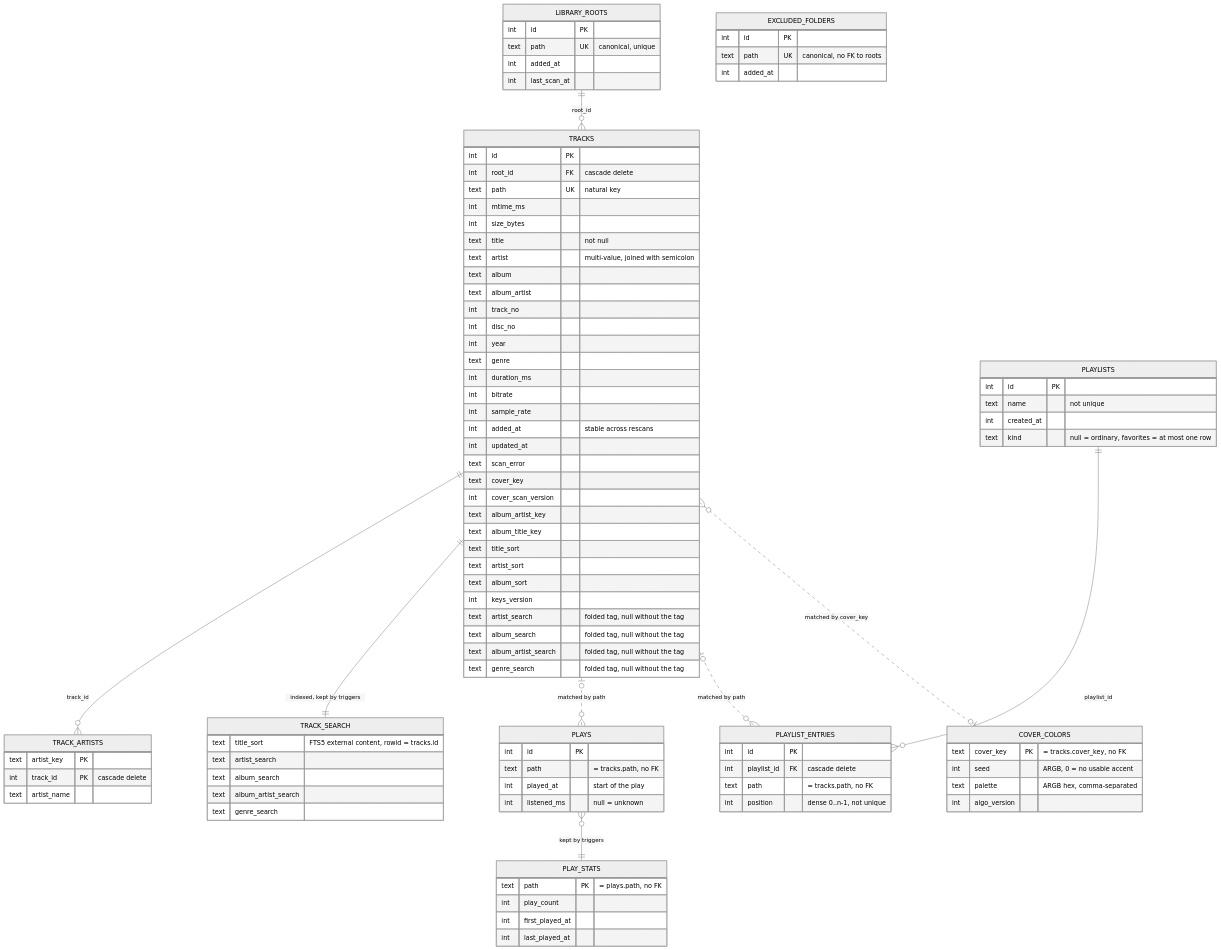
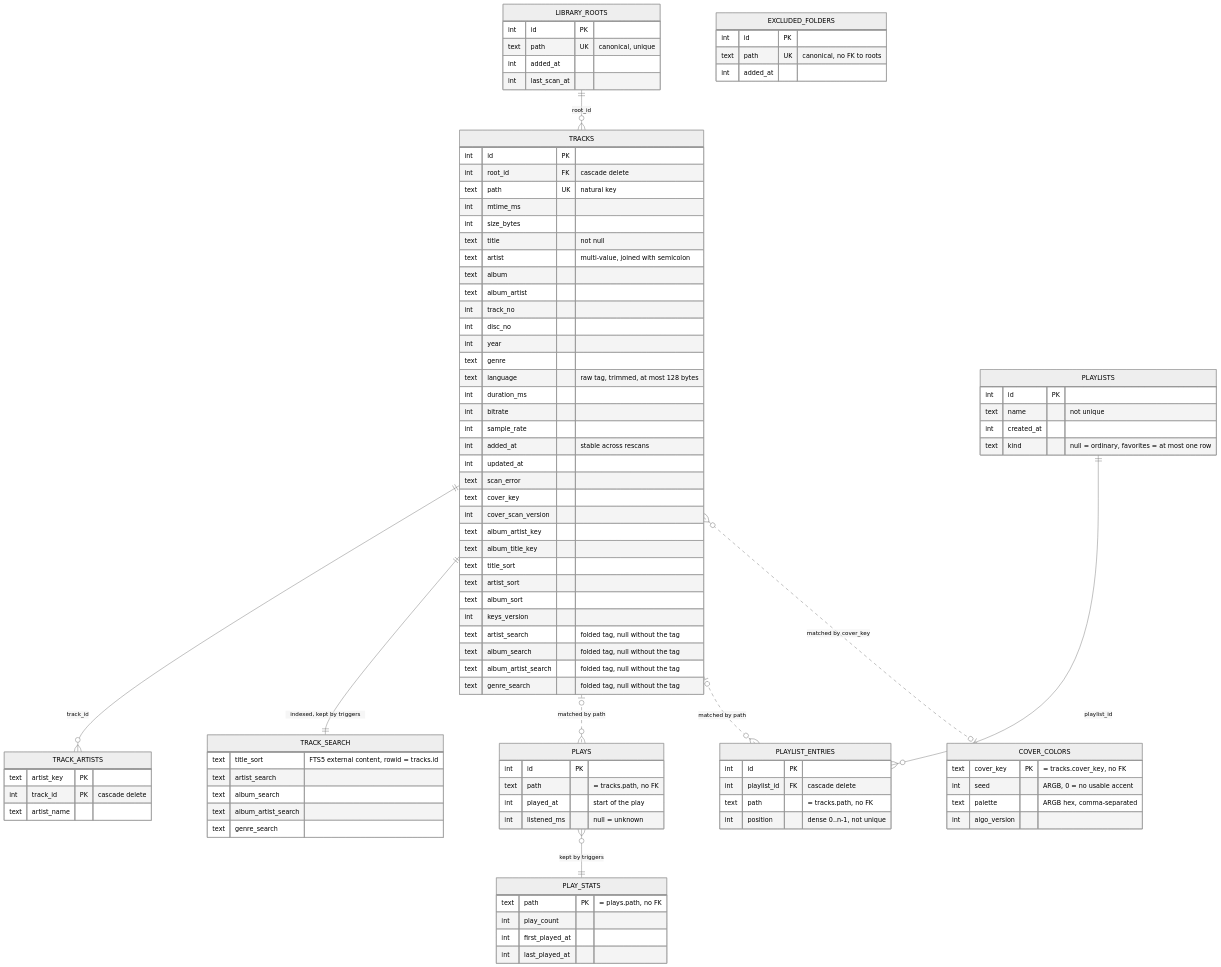
Before and after one commit to kanaru313/kanaru: the seventh of 8 diagrams in docs/system-architecture.md, drawn with Mermaid (neutral theme). The commit also changed other lines of this file and 21 other files, not shown here.

First line of the commit message:
feat(library): store the language tag of each track

```diff
--- a/docs/system-architecture.md
+++ b/docs/system-architecture.md
@@ -371,6 +372,7 @@
         int disc_no
         int year
         text genre
+        text language "raw tag, trimmed, at most 128 bytes"
         int duration_ms
         int bitrate
         int sample_rate
```
